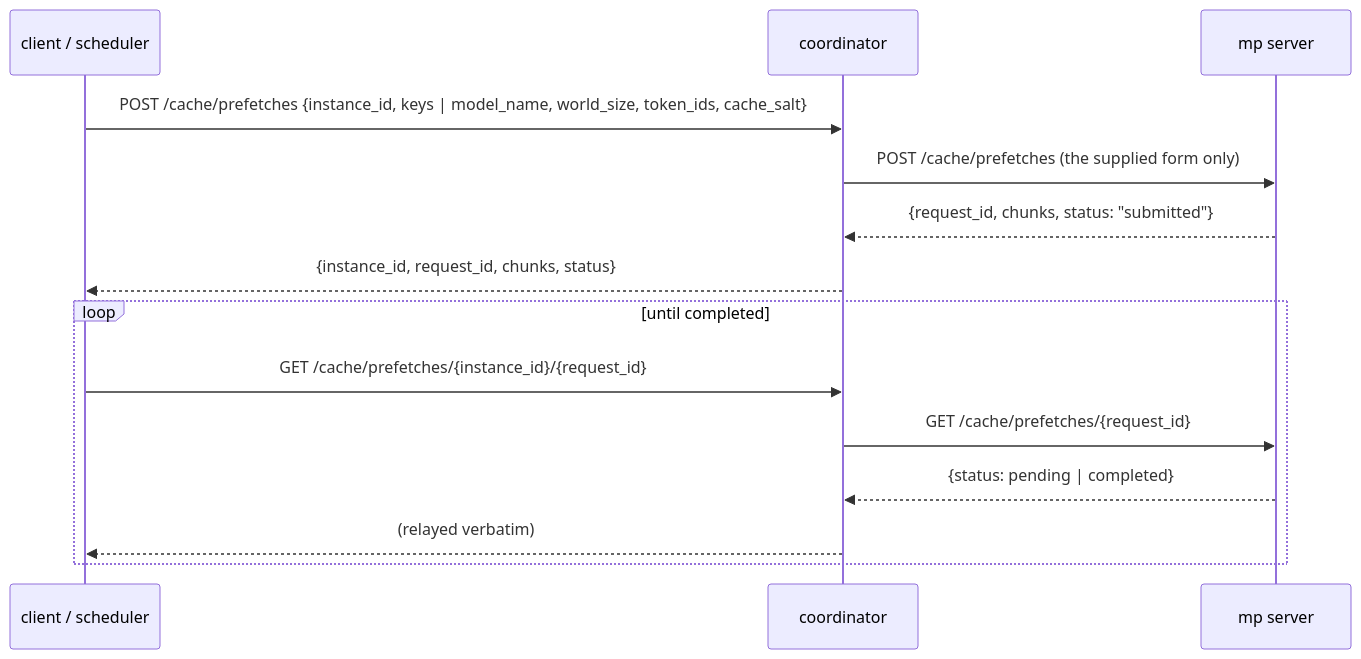
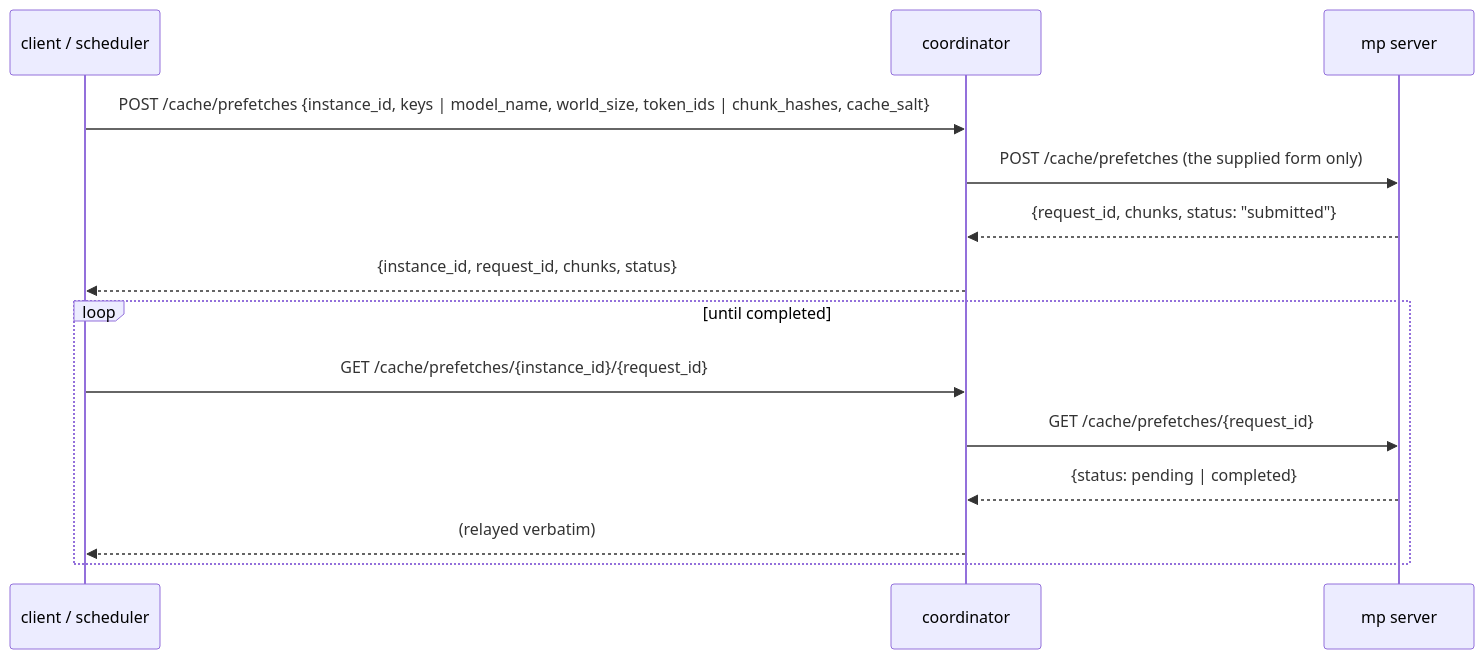
One commit to LMCache/LMCache changed the diagram in docs/design/v1/mp_coordinator/l2_prefetch.md. Above: the diagram before and after it, drawn with Mermaid. The commit also changed other lines of this file and 10 other files, not shown here.

First line of the commit message:
[Coordinator] Name chunks by hash in cache operations

````diff
--- a/docs/design/v1/mp_coordinator/l2_prefetch.md
+++ b/docs/design/v1/mp_coordinator/l2_prefetch.md
@@ -12,17 +12,17 @@
 ```mermaid
 sequenceDiagram
     participant Cl as client / scheduler
     participant Co as coordinator
     participant M as mp server
 
-    Cl->>Co: POST /cache/prefetches {instance_id, keys | model_name, world_size, token_ids, cache_salt}
+    Cl->>Co: POST /cache/prefetches {instance_id, keys | model_name, world_size, token_ids | chunk_hashes, cache_salt}
     Co->>M: POST /cache/prefetches (the supplied form only)
     M-->>Co: {request_id, chunks, status: "submitted"}
     Co-->>Cl: {instance_id, request_id, chunks, status}
     loop until completed
         Cl->>Co: GET /cache/prefetches/{instance_id}/{request_id}
         Co->>M: GET /cache/prefetches/{request_id}
         M-->>Co: {status: pending | completed}
         Co-->>Cl: (relayed verbatim)
     end
 ```
````
